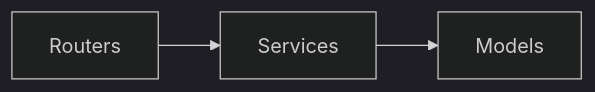
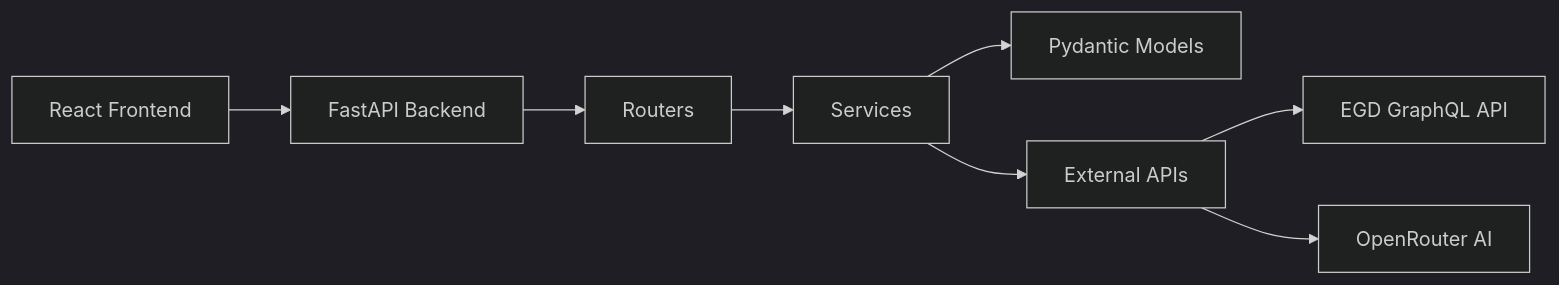
The third of 3 diagrams in .qoder/repowiki/en/content/Project Overview.md (Ragnar1999/GoNow), drawn with Mermaid (dark theme) before and after one commit. The commit also changed other lines of this file and 6 other files, not shown here.

````diff
--- a/.qoder/repowiki/en/content/Project Overview.md
+++ b/.qoder/repowiki/en/content/Project Overview.md
@@ -145,5 +311,10 @@
 ```mermaid
 graph LR
-Routers["Routers"] --> Services["Services"]
-Services --> Models["Models"]
+Frontend["React Frontend"] --> Backend["FastAPI Backend"]
+Backend --> Routers["Routers"]
+Routers --> Services["Services"]
+Services --> Models["Pydantic Models"]
+Services --> External["External APIs"]
+External --> EGD["EGD GraphQL API"]
+External --> OpenRouter["OpenRouter AI"]
 ```
````
